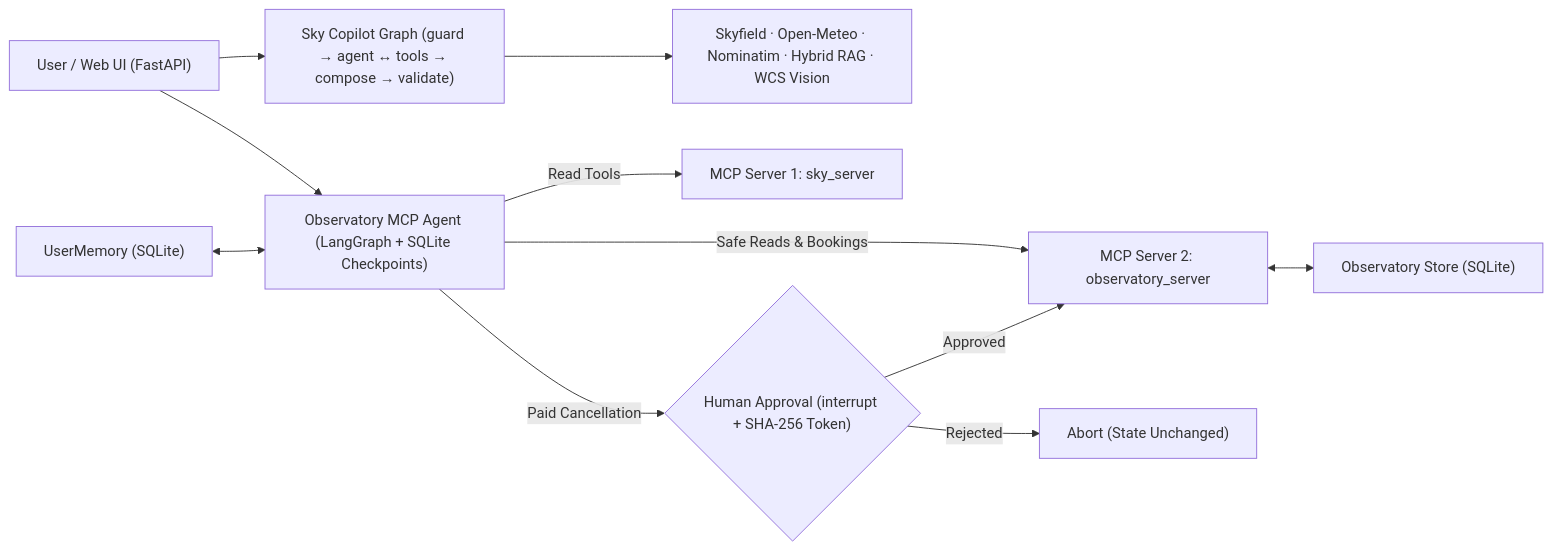
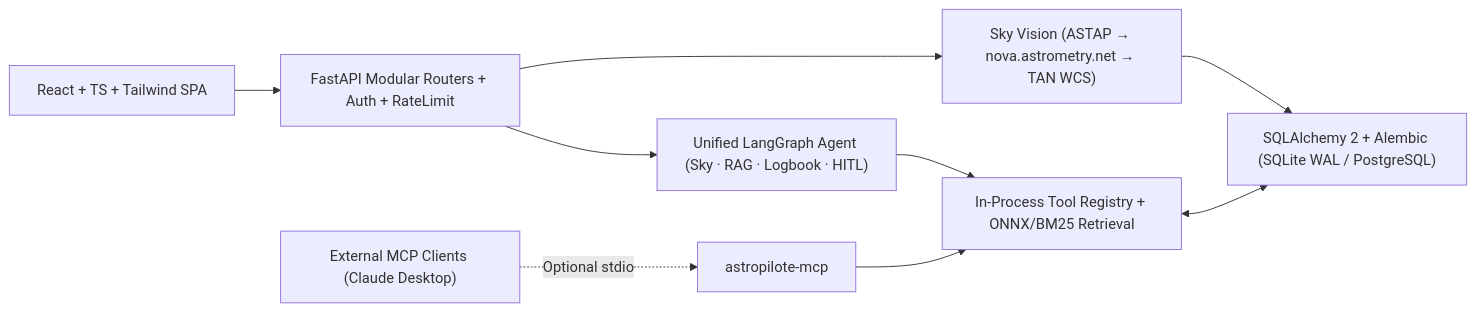
Before and after one commit to Waxguillermo/Astropilote: the diagram in README.md, drawn with Mermaid. The commit also changed other lines of this file and 16 other files, not shown here.

````diff
--- a/README.md
+++ b/README.md
@@ -32,13 +32,11 @@
 ```mermaid
 flowchart LR
-    U["User / Web UI (FastAPI)"] --> SKY["Sky Copilot Graph (guard → agent ↔ tools → compose → validate)"]
-    U --> OBS["Observatory MCP Agent (LangGraph + SQLite Checkpoints)"]
-    MEM["UserMemory (SQLite)"] <--> OBS
-    SKY --> TOOLS["Skyfield · Open-Meteo · Nominatim · Hybrid RAG · WCS Vision"]
-    OBS -->|"Read Tools"| MCP1["MCP Server 1: sky_server"]
-    OBS -->|"Safe Reads & Bookings"| MCP2["MCP Server 2: observatory_server"]
-    OBS -->|"Paid Cancellation"| HITL{"Human Approval (interrupt + SHA-256 Token)"}
-    HITL -->|"Approved"| MCP2
-    HITL -->|"Rejected"| ABORT["Abort (State Unchanged)"]
-    MCP2 <--> DB["Observatory Store (SQLite)"]
+    UI["React + TS + Tailwind SPA"] --> API["FastAPI Modular Routers + Auth + RateLimit"]
+    API --> GRAPH["Unified LangGraph Agent (Sky · RAG · Logbook · HITL)"]
+    API --> VIS["Sky Vision (ASTAP → nova.astrometry.net → TAN WCS)"]
+    GRAPH --> TOOLS["In-Process Tool Registry + ONNX/BM25 Retrieval"]
+    TOOLS <--> DB["SQLAlchemy 2 + Alembic (SQLite WAL / PostgreSQL)"]
+    VIS --> DB
+    EXT["External MCP Clients (Claude Desktop)"] -.->|"Optional stdio"| MCP["astropilote-mcp"]
+    MCP --> TOOLS
 ```
````
